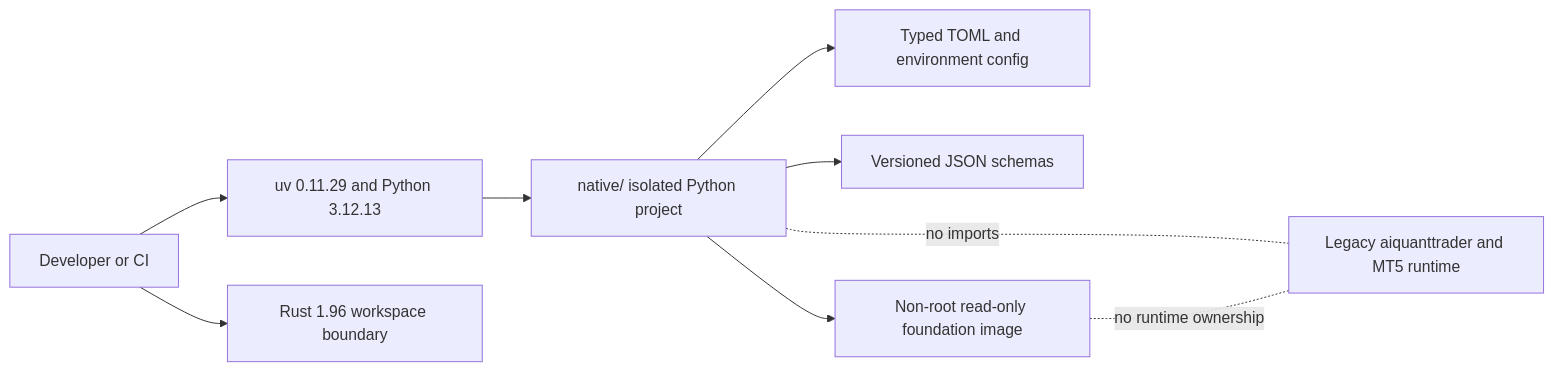
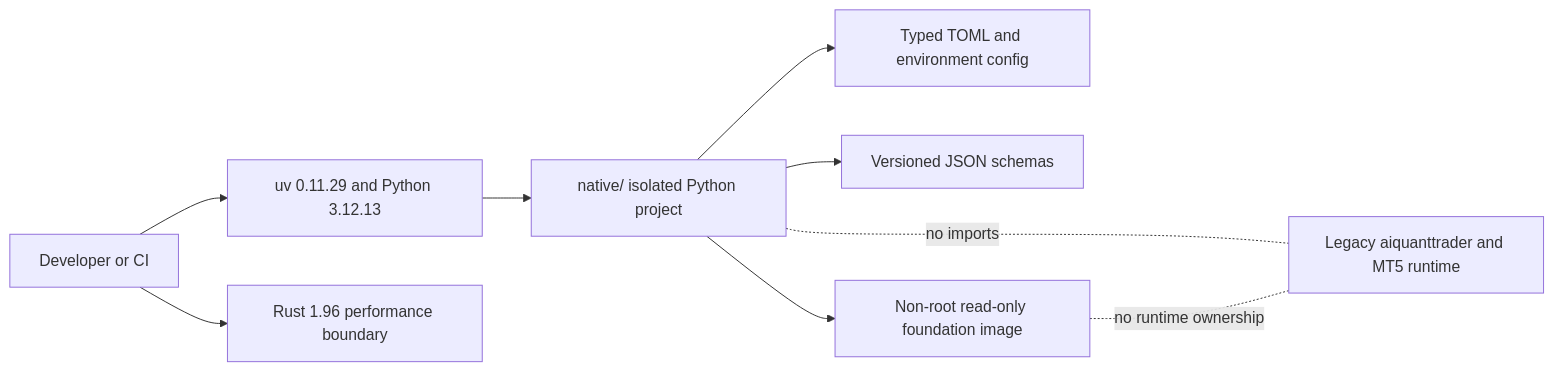
The diagram in docs/architecture/diagrams/phase-2-foundation.mmd (AegisFintech/AIQuantTrader), drawn with Mermaid before and after one commit. The commit also changed 9 other files, not shown here.

```diff
--- a/docs/architecture/diagrams/phase-2-foundation.mmd
+++ b/docs/architecture/diagrams/phase-2-foundation.mmd
@@ -1,18 +1,18 @@
 flowchart LR
     DEV[Developer or CI]
     UV[uv 0.11.29 and Python 3.12.13]
     NP[native/ isolated Python project]
     CFG[Typed TOML and environment config]
     SCH[Versioned JSON schemas]
     IMG[Non-root read-only foundation image]
-    RS[Rust 1.96 workspace boundary]
+    RS[Rust 1.96 performance boundary]
     LEG[Legacy aiquanttrader and MT5 runtime]
 
     DEV --> UV
     UV --> NP
     NP --> CFG
     NP --> SCH
     NP --> IMG
     DEV --> RS
     NP -. no imports .- LEG
     IMG -. no runtime ownership .- LEG
```
